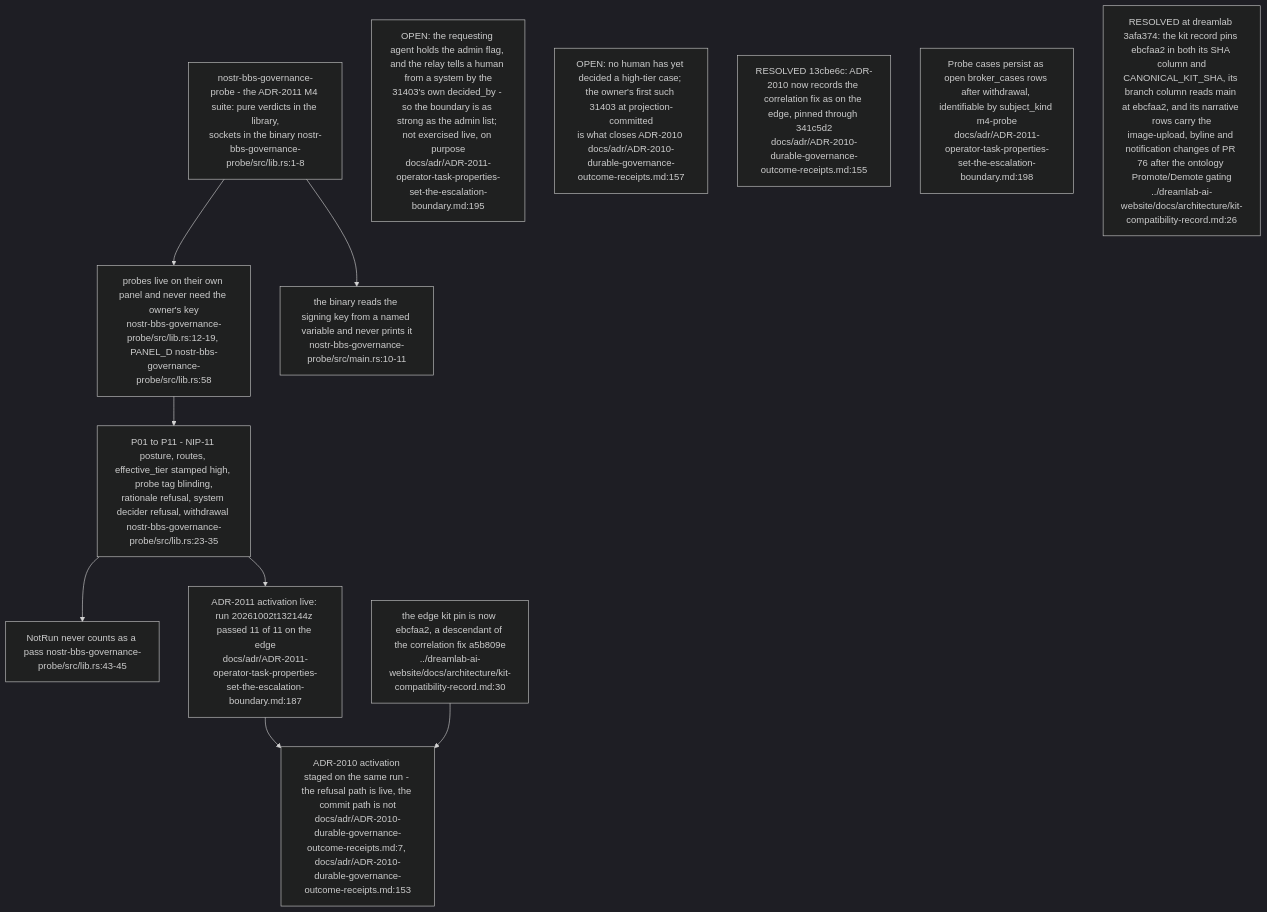
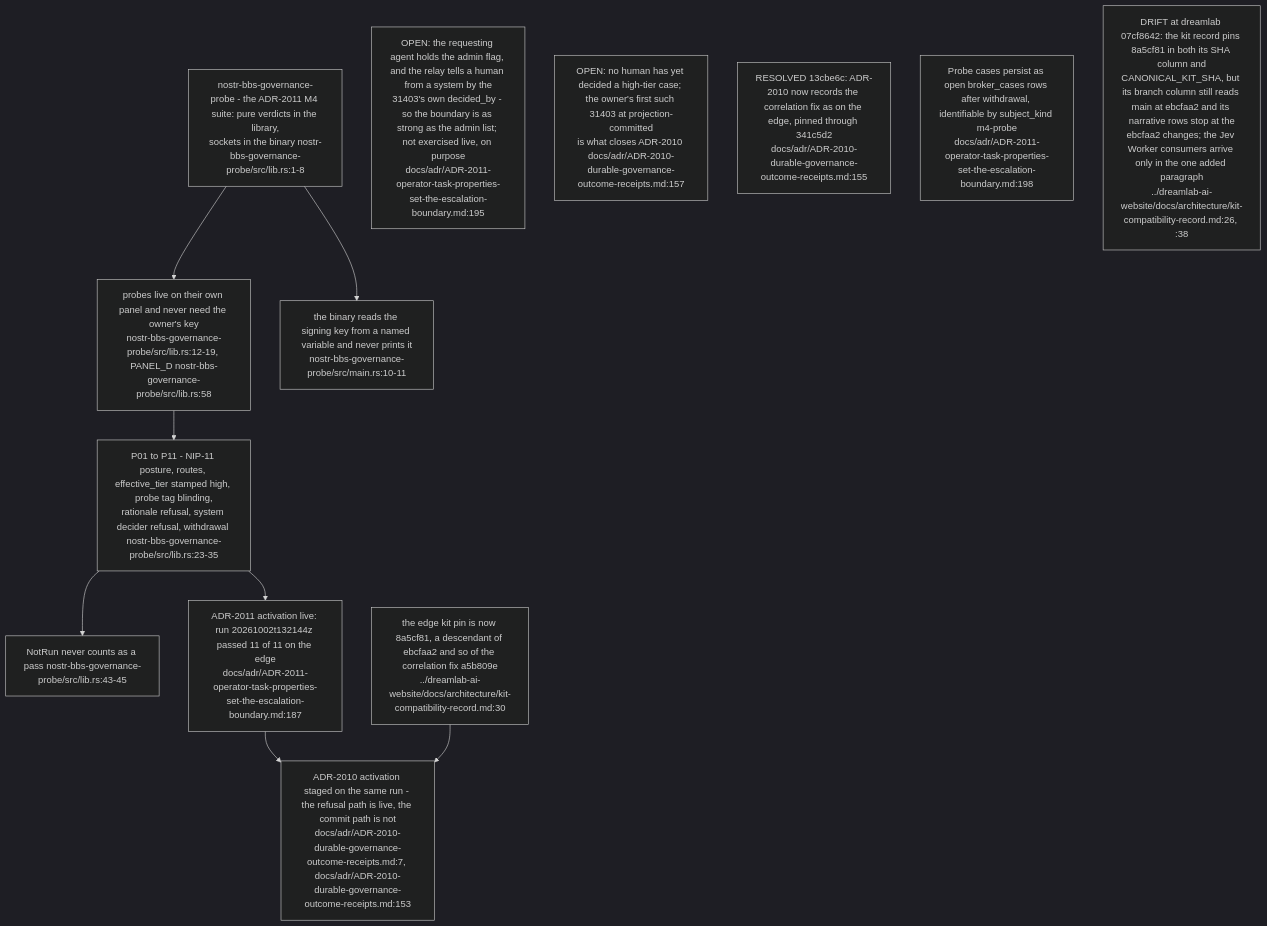
Before and after one commit to DreamLab-AI/VisionFlow: diagram 16 of 17 in docs/diagrams/nostr-rust-forum/06-agent-control-surface-31400-31405.md, drawn with Mermaid (dark theme). The commit also changed other lines of this file and 145 other files, not shown here.

````diff
--- a/docs/diagrams/nostr-rust-forum/06-agent-control-surface-31400-31405.md
+++ b/docs/diagrams/nostr-rust-forum/06-agent-control-surface-31400-31405.md
@@ -451,22 +452,22 @@
 ```mermaid
 flowchart TB
     SUITE["nostr-bbs-governance-probe - the ADR-2011 M4 suite: pure verdicts in the library,<br/>sockets in the binary nostr-bbs-governance-probe/src/lib.rs:1-8"]
     OWN["probes live on their own panel and never need the owner's key<br/>nostr-bbs-governance-probe/src/lib.rs:12-19, PANEL_D nostr-bbs-governance-probe/src/lib.rs:58"]
     TABLE["P01 to P11 - NIP-11 posture, routes, effective_tier stamped high, probe tag blinding,<br/>rationale refusal, system decider refusal, withdrawal nostr-bbs-governance-probe/src/lib.rs:23-35"]
     NOTRUN["NotRun never counts as a pass nostr-bbs-governance-probe/src/lib.rs:43-45"]
     BIN["the binary reads the signing key from a named variable and never prints it<br/>nostr-bbs-governance-probe/src/main.rs:10-11"]
     LIVE["ADR-2011 activation live: run 20261002t132144z passed 11 of 11 on the edge<br/>docs/adr/ADR-2011-operator-task-properties-set-the-escalation-boundary.md:187"]
     REC["ADR-2010 activation staged on the same run - the refusal path is live, the commit path is not<br/>docs/adr/ADR-2010-durable-governance-outcome-receipts.md:7, docs/adr/ADR-2010-durable-governance-outcome-receipts.md:153"]
-    PIN["the edge kit pin is now ebcfaa2, a descendant of the correlation fix a5b809e<br/>../dreamlab-ai-website/docs/architecture/kit-compatibility-record.md:30"]
+    PIN["the edge kit pin is now 8a5cf81, a descendant of ebcfaa2 and so of the correlation fix a5b809e<br/>../dreamlab-ai-website/docs/architecture/kit-compatibility-record.md:30"]
 
     SUITE --> OWN --> TABLE --> NOTRUN
     SUITE --> BIN
     TABLE --> LIVE --> REC
     PIN --> REC
 
     N1["OPEN: the requesting agent holds the admin flag, and the relay tells a human from a system by the<br/>31403's own decided_by - so the boundary is as strong as the admin list; not exercised live, on purpose<br/>docs/adr/ADR-2011-operator-task-properties-set-the-escalation-boundary.md:195"]
     N2["OPEN: no human has yet decided a high-tier case; the owner's first such 31403 at projection-committed<br/>is what closes ADR-2010 docs/adr/ADR-2010-durable-governance-outcome-receipts.md:157"]
     N3["RESOLVED 13cbe6c: ADR-2010 now records the correlation fix as on the edge, pinned through 341c5d2<br/>docs/adr/ADR-2010-durable-governance-outcome-receipts.md:155"]
     N4["Probe cases persist as open broker_cases rows after withdrawal, identifiable by subject_kind m4-probe<br/>docs/adr/ADR-2011-operator-task-properties-set-the-escalation-boundary.md:198"]
-    N5["RESOLVED at dreamlab 3afa374: the kit record pins ebcfaa2 in both its SHA column and<br/>CANONICAL_KIT_SHA, its branch column reads main at ebcfaa2, and its narrative rows carry the<br/>image-upload, byline and notification changes of PR 76 after the ontology Promote/Demote gating<br/>../dreamlab-ai-website/docs/architecture/kit-compatibility-record.md:26"]
+    N5["DRIFT at dreamlab 07cf8642: the kit record pins 8a5cf81 in both its SHA column and<br/>CANONICAL_KIT_SHA, but its branch column still reads main at ebcfaa2 and its narrative rows stop at the<br/>ebcfaa2 changes; the Jev Worker consumers arrive only in the one added paragraph<br/>../dreamlab-ai-website/docs/architecture/kit-compatibility-record.md:26, :38"]
 ```
````
